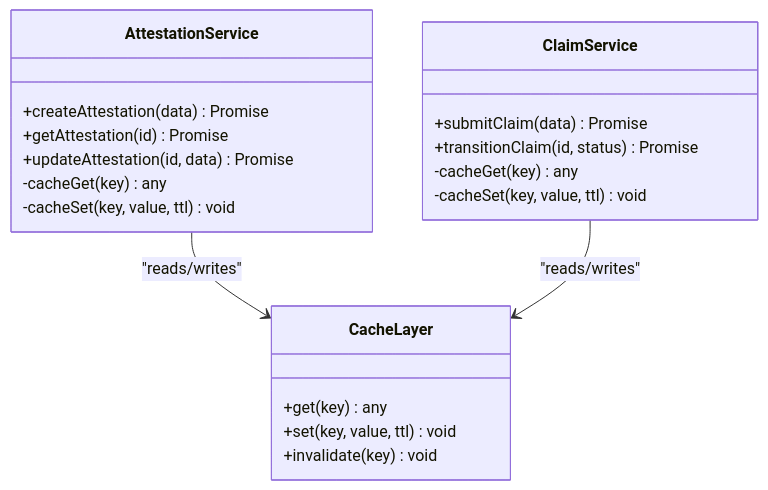
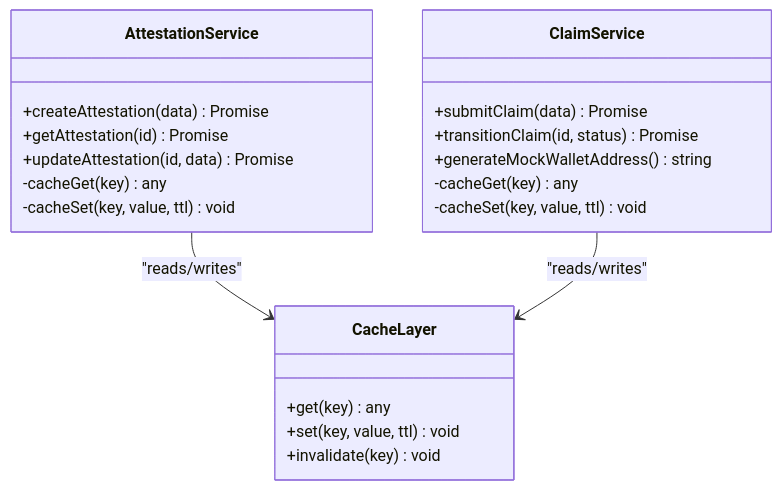
The sixth of 9 diagrams in .qoder/repowiki/en/content/Architecture Overview/Backend Services Architecture.md (hieudepoet/Insurix), drawn with Mermaid before and after one commit. The commit also changed other lines of this file and 63 other files, not shown here.

````diff
--- a/.qoder/repowiki/en/content/Architecture Overview/Backend Services Architecture.md
+++ b/.qoder/repowiki/en/content/Architecture Overview/Backend Services Architecture.md
@@ -228,23 +238,24 @@
 ```mermaid
 classDiagram
 class AttestationService {
 +createAttestation(data) Promise
 +getAttestation(id) Promise
 +updateAttestation(id, data) Promise
 -cacheGet(key) any
 -cacheSet(key, value, ttl) void
 }
 class ClaimService {
 +submitClaim(data) Promise
 +transitionClaim(id, status) Promise
++generateMockWalletAddress() string
 -cacheGet(key) any
 -cacheSet(key, value, ttl) void
 }
 class CacheLayer {
 +get(key) any
 +set(key, value, ttl) void
 +invalidate(key) void
 }
 AttestationService --> CacheLayer : "reads/writes"
 ClaimService --> CacheLayer : "reads/writes"
 ```
````
